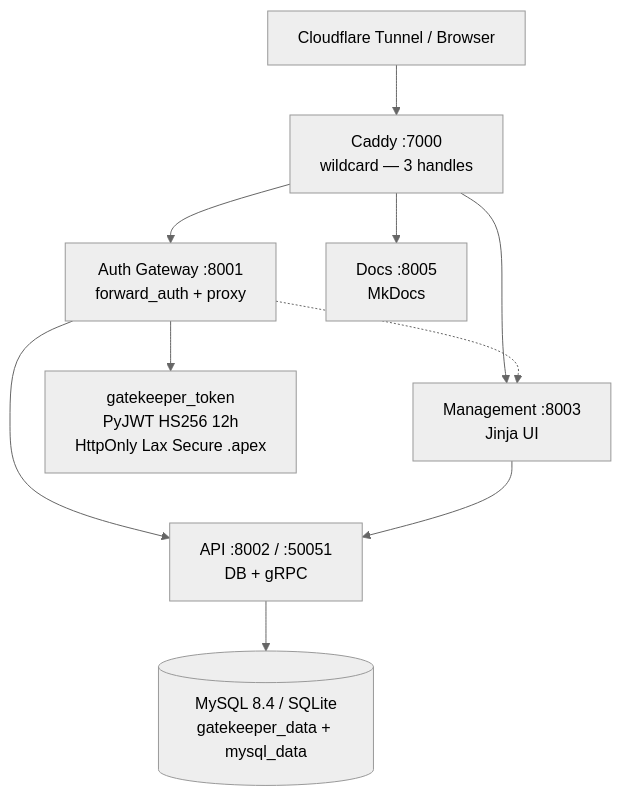
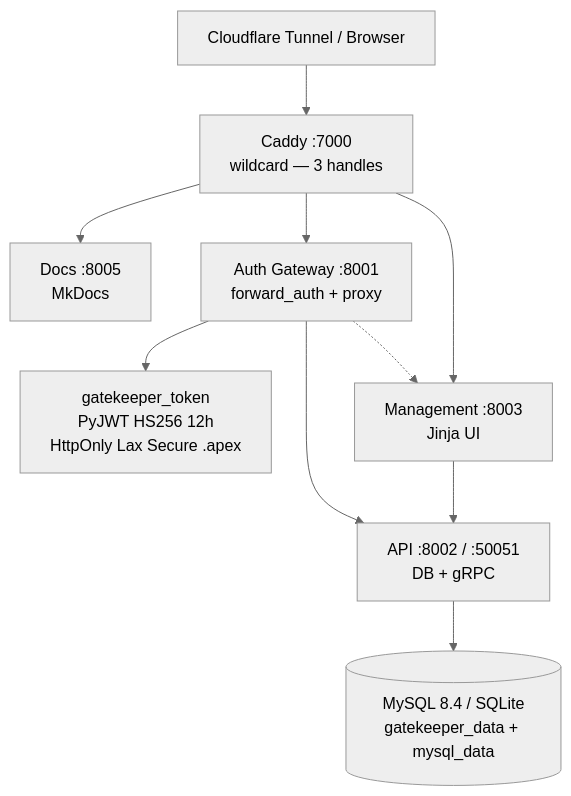
Before and after one commit to NovaProtocol/GateKeeper: the diagram in documentation/docs/index.md, drawn with Mermaid (neutral theme). The commit also changed other lines of this file, not shown here.

Commit message:
docs(gatekeeper): reorder mermaid — docs/auth/mgmt order

````diff
--- a/documentation/docs/index.md
+++ b/documentation/docs/index.md
@@ -20,12 +20,12 @@
 ```mermaid
 graph TB
     TUN["Cloudflare Tunnel / Browser"] --> CADDY["Caddy :7000<br/>wildcard — 3 handles"]
+    CADDY --> DOC["Docs :8005<br/>MkDocs"]
     CADDY --> AUTH["Auth Gateway :8001<br/>forward_auth + proxy"]
     CADDY --> MGMT["Management :8003<br/>Jinja UI"]
-    CADDY --> DOC["Docs :8005<br/>MkDocs"]
+    AUTH --> COOKIE["gatekeeper_token<br/>PyJWT HS256 12h<br/>HttpOnly Lax Secure .apex"]
     AUTH --> API["API :8002 / :50051<br/>DB + gRPC"]
     MGMT --> API
     AUTH -.-> MGMT
     API --> DB[("MySQL 8.4 / SQLite<br/>gatekeeper_data + mysql_data")]
-    AUTH --> COOKIE["gatekeeper_token<br/>PyJWT HS256 12h<br/>HttpOnly Lax Secure .apex"]
 ```
````
